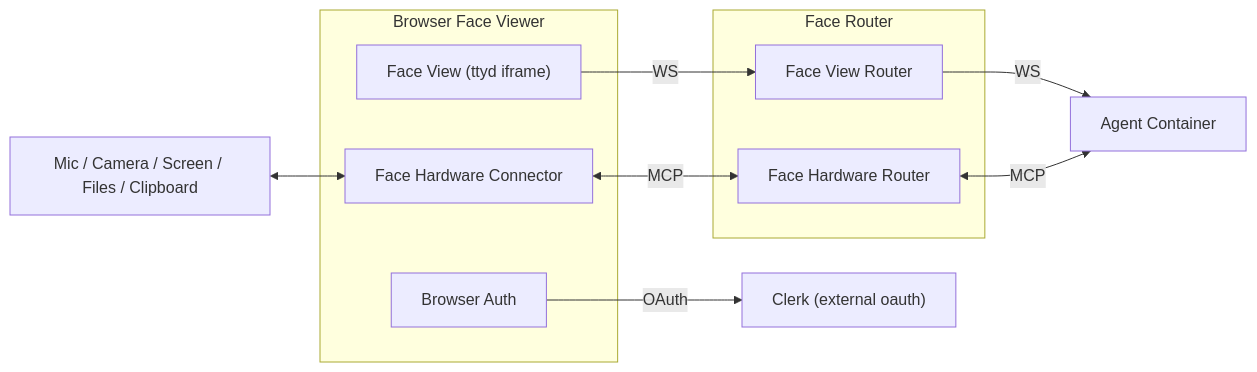
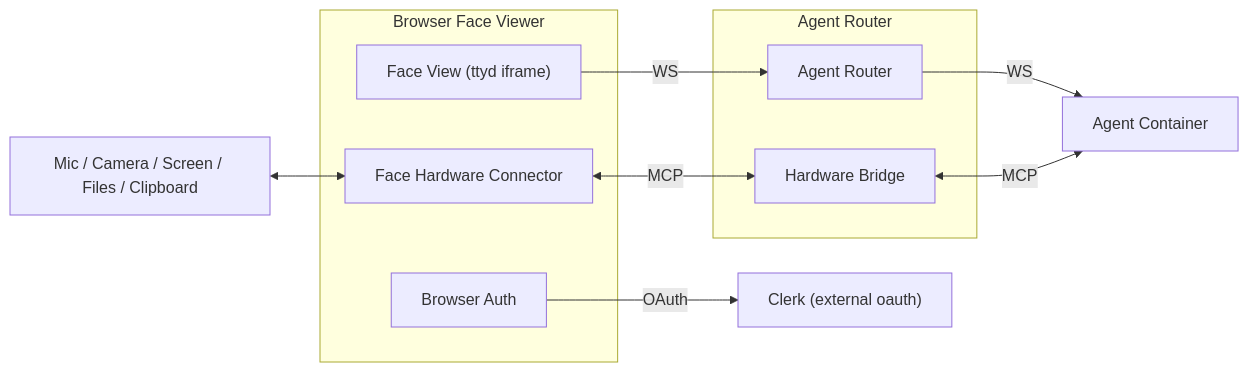
One commit to dreamcatcher-tech/artifact-codex changed the eighth of 9 diagrams in design/docs/DIAGRAMS.md. Above: the diagram before and after it, drawn with Mermaid. The commit also changed other lines of this file and 45 other files, not shown here.

Commit message:
mcp agent control

````diff
--- a/design/docs/DIAGRAMS.md
+++ b/design/docs/DIAGRAMS.md
@@ -151,22 +151,22 @@
 ```mermaid
 flowchart LR
   DEV["Mic / Camera / Screen / Files / Clipboard"]
   subgraph Browser Face Viewer
     FV["Face View (ttyd iframe)"]
     FH["Face Hardware Connector"]
     BA[Browser Auth]
   end
-  subgraph Face Router
-    FVR[Face View Router]
-    FR[Face Hardware Router]
+  subgraph Agent Router
+    AR[Agent Router]
+    HB[Hardware Bridge]
   end
   AG["Agent Container"]
   CL["Clerk (external oauth)"]
 
   DEV <--> FH
-  FV -->|WS| FVR
-  FVR -->|WS| AG
-  FH <-->|MCP| FR
-  FR <-->|MCP| AG
+  FV -->|WS| AR
+  AR -->|WS| AG
+  FH <-->|MCP| HB
+  HB <-->|MCP| AG
   BA -->|OAuth| CL
 ```
````
